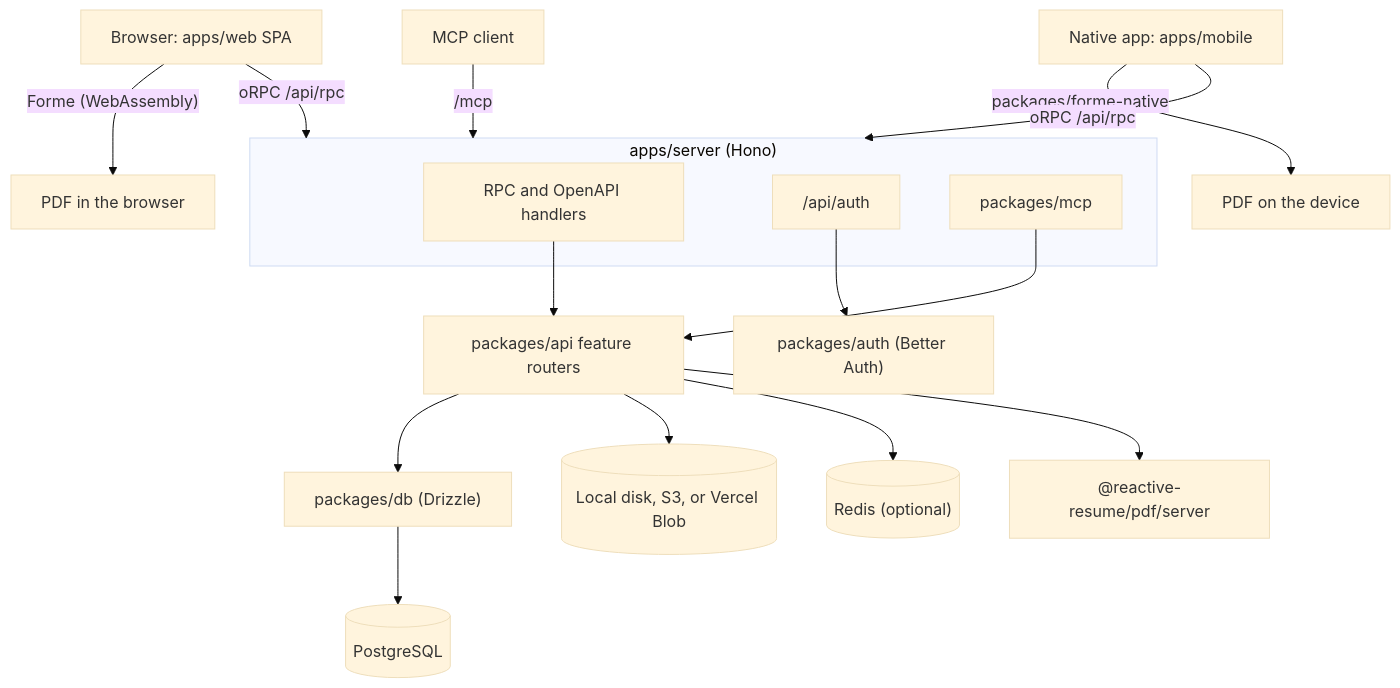
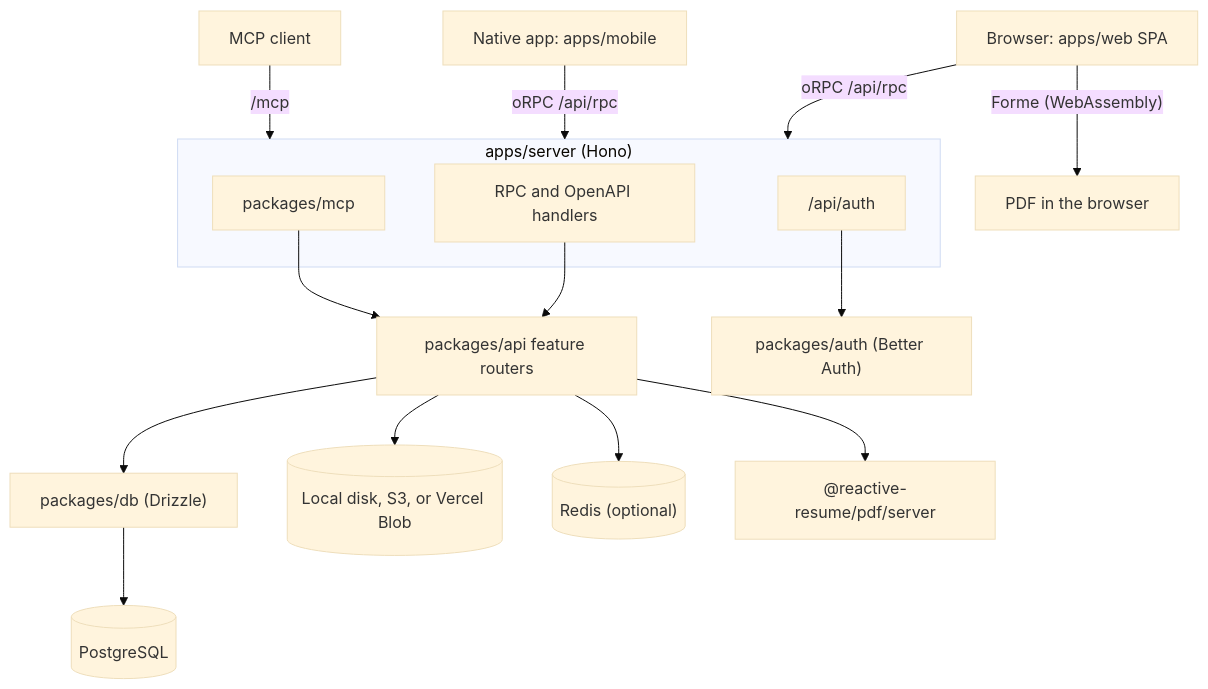
The diagram in docs/contributing/architecture.mdx (reactive-resume/reactive-resume), drawn with Mermaid (base theme) before and after one commit. The commit also changed other lines of this file and 38 other files, not shown here.

First line of the commit message:
chore(mobile): remove the on-device Forme engine

````diff
--- a/docs/contributing/architecture.mdx
+++ b/docs/contributing/architecture.mdx
@@ -19,22 +19,21 @@
 ```mermaid
 flowchart TD
   Browser["Browser: apps/web SPA"] -->|"oRPC /api/rpc"| Server
   Browser -->|"Forme (WebAssembly)"| BrowserPDF["PDF in the browser"]
   Mobile["Native app: apps/mobile"] -->|"oRPC /api/rpc"| Server
-  Mobile -->|"packages/forme-native"| NativePDF["PDF on the device"]
   MCPClient["MCP client"] -->|"/mcp"| Server
 
   subgraph Server["apps/server (Hono)"]
     RPC["RPC and OpenAPI handlers"]
     AuthRoutes["/api/auth"]
     MCP["packages/mcp"]
   end
 
   RPC --> API["packages/api feature routers"]
   MCP --> API
   AuthRoutes --> Auth["packages/auth (Better Auth)"]
   API --> DB["packages/db (Drizzle)"] --> Postgres[("PostgreSQL")]
   API --> Storage[("Local disk, S3, or Vercel Blob")]
   API --> Redis[("Redis (optional)")]
   API --> ServerPDF["@reactive-resume/pdf/server"]
 ```
````
